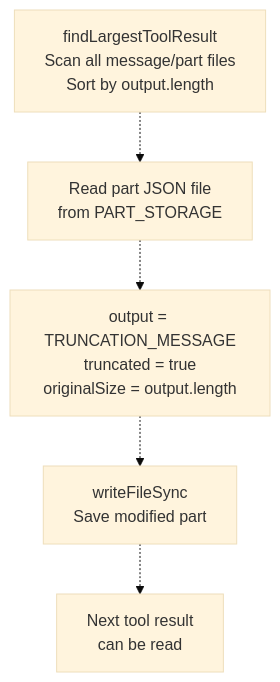
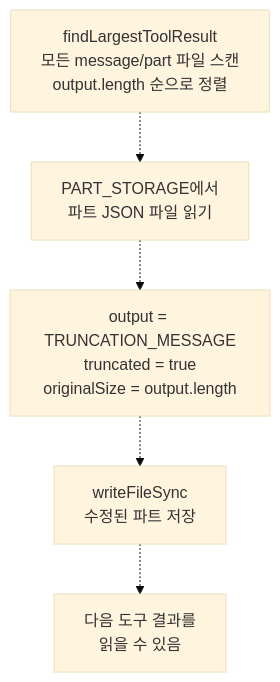
One commit to felipetruman/oh-my-opencode-docs changed the sixth of 10 diagrams in docs/hooks/context-management-hooks.md. Above: the diagram before and after it, drawn with Mermaid (base theme). The commit also changed other lines of this file and 76 other files, not shown here.

````diff
--- a/docs/hooks/context-management-hooks.md
+++ b/docs/hooks/context-management-hooks.md
@@ -538,14 +539,14 @@
 ```mermaid
 flowchart TD
 
-FindLargest["findLargestToolResult<br>Scan all message/part files<br>Sort by output.length"]
-ReadPart["Read part JSON file<br>from PART_STORAGE"]
+FindLargest["findLargestToolResult<br>모든 message/part 파일 스캔<br>output.length 순으로 정렬"]
+ReadPart["PART_STORAGE에서<br>파트 JSON 파일 읽기"]
 ModifyOutput["output = TRUNCATION_MESSAGE<br>truncated = true<br>originalSize = output.length"]
-WritePart["writeFileSync<br>Save modified part"]
-NextTool["Next tool result<br>can be read"]
+WritePart["writeFileSync<br>수정된 파트 저장"]
+NextTool["다음 도구 결과를<br>읽을 수 있음"]
 
 FindLargest -.-> ReadPart
 ReadPart -.-> ModifyOutput
 ModifyOutput -.-> WritePart
 WritePart -.-> NextTool
 ```
````
